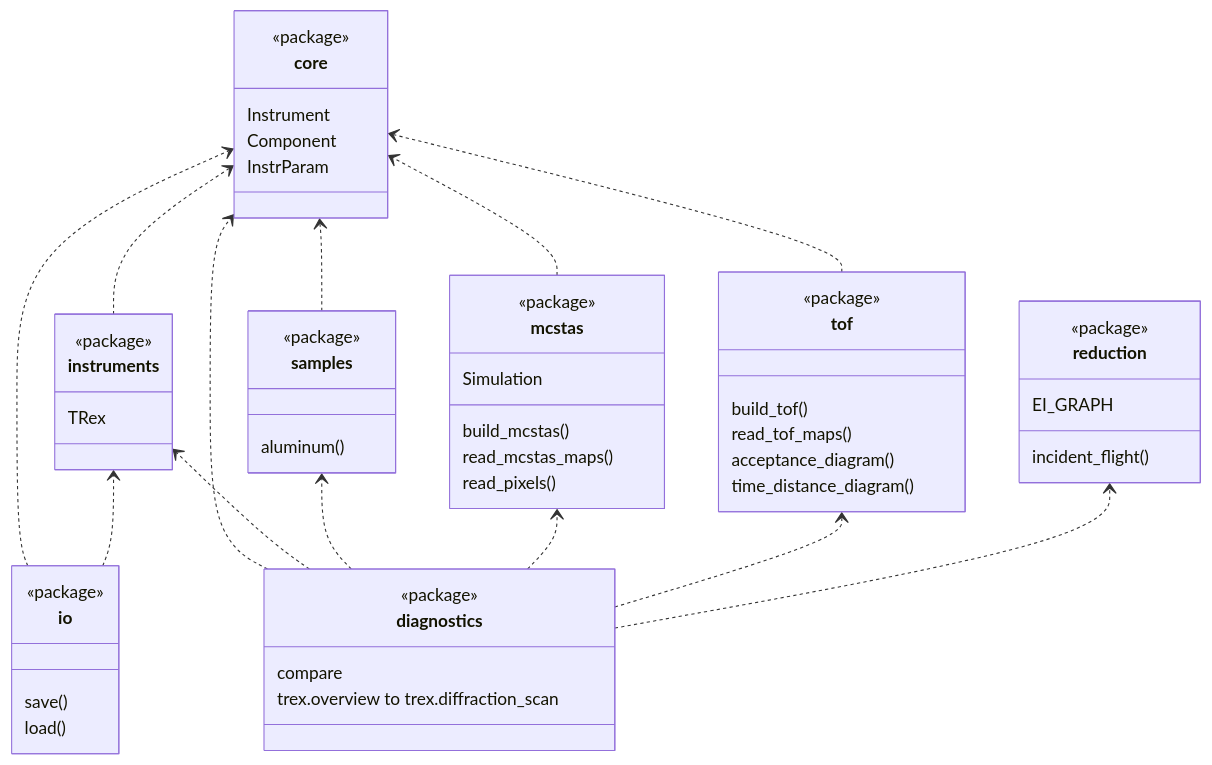
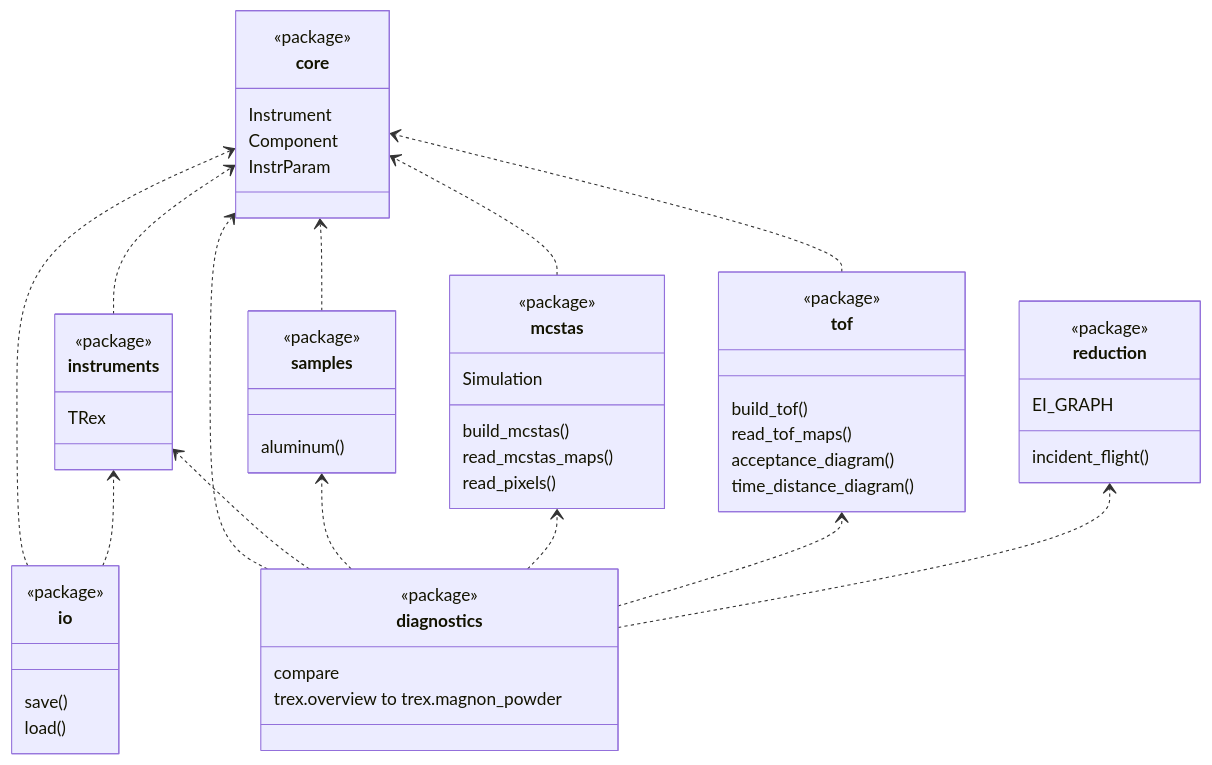
Before and after one commit to bingli621/mcdgs: the diagram in docs/code-layout.md, drawn with Mermaid. The commit also changed other lines of this file and 13 other files, not shown here.

First line of the commit message:
Rewrite the powder-magnon findings, and put the page after the diffraction scan

````diff
--- a/docs/code-layout.md
+++ b/docs/code-layout.md
@@ -23,59 +23,59 @@
 ```mermaid
 classDiagram
     direction BT
     class core {
         <<package>>
         Instrument
         Component
         InstrParam
     }
     class instruments {
         <<package>>
         TRex
     }
     class samples {
         <<package>>
         aluminum()
     }
     class mcstas {
         <<package>>
         build_mcstas()
         Simulation
         read_mcstas_maps()
         read_pixels()
     }
     class tof {
         <<package>>
         build_tof()
         read_tof_maps()
         acceptance_diagram()
         time_distance_diagram()
     }
     class io {
         <<package>>
         save()
         load()
     }
     class reduction {
         <<package>>
         EI_GRAPH
         incident_flight()
     }
     class diagnostics {
         <<package>>
         compare
-        trex.overview to trex.diffraction_scan
+        trex.overview to trex.magnon_powder
     }
     instruments ..> core
     samples ..> core
     mcstas ..> core
     tof ..> core
     io ..> core
     io ..> instruments
     diagnostics ..> core
     diagnostics ..> instruments
     diagnostics ..> samples
     diagnostics ..> mcstas
     diagnostics ..> tof
     diagnostics ..> reduction
 ```
````
